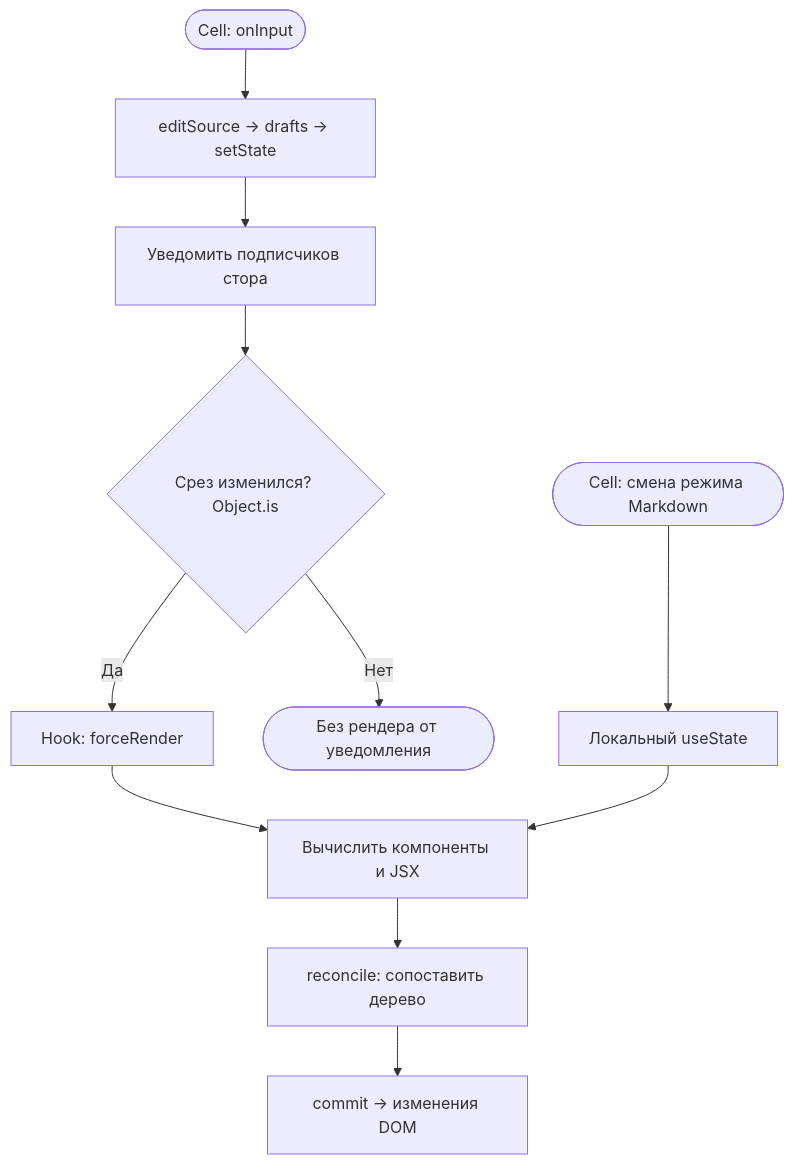
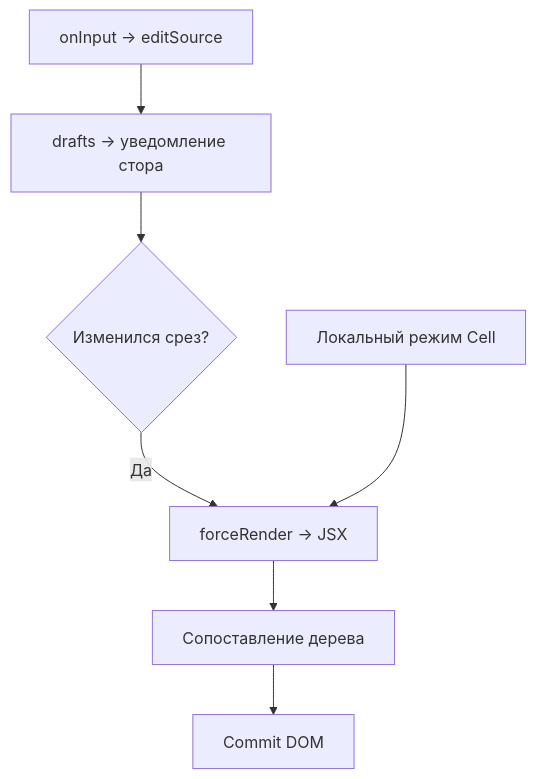
Before and after one commit to Cringe-Driven-Development-Team/docs: the diagram in site/documentation/frontend/rendering.md, drawn with Mermaid. The commit also changed other lines of this file and 9 other files, not shown here.

````diff
--- a/site/documentation/frontend/rendering.md
+++ b/site/documentation/frontend/rendering.md
@@ -87,14 +24,9 @@
 ```mermaid
-%% Flowchart: внешний source и локальный режим сходятся на render, затем commit DOM.
 flowchart TD
-    onInput(["Cell: onInput"]) --> editSource["editSource → drafts → setState"]
-    editSource --> subscribers["Уведомить подписчиков стора"]
-    subscribers --> comparison{"Срез изменился? Object.is"}
-    comparison -->|Да| forceRender["Hook: forceRender"]
-    comparison -->|Нет| unchanged(["Без рендера от уведомления"])
-    local(["Cell: смена режима Markdown"]) --> useState["Локальный useState"]
-    forceRender --> render["Вычислить компоненты и JSX"]
-    useState --> render
-    render --> reconcile["reconcile: сопоставить дерево"]
-    reconcile --> commit["commit → изменения DOM"]
+    input["onInput → editSource"] --> store["drafts → уведомление стора"]
+    store --> compare{"Изменился срез?"}
+    compare -->|Да| render["forceRender → JSX"]
+    local["Локальный режим Cell"] --> render
+    render --> reconcile["Сопоставление дерева"]
+    reconcile --> dom["Commit DOM"]
 ```
````
